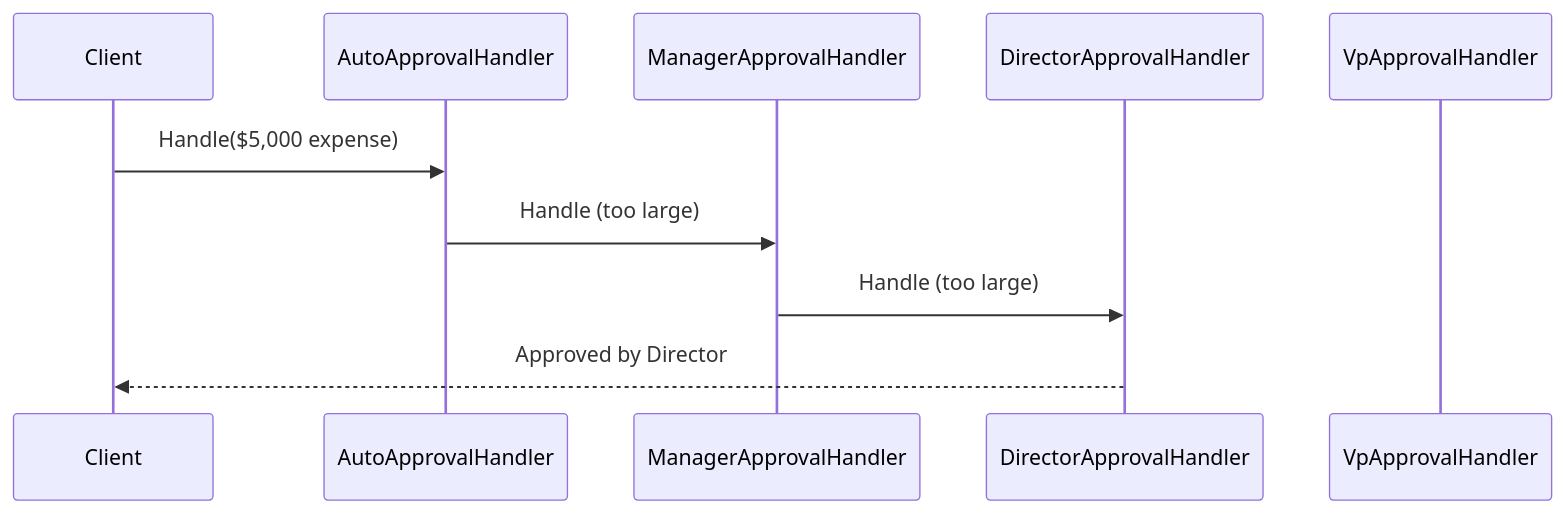
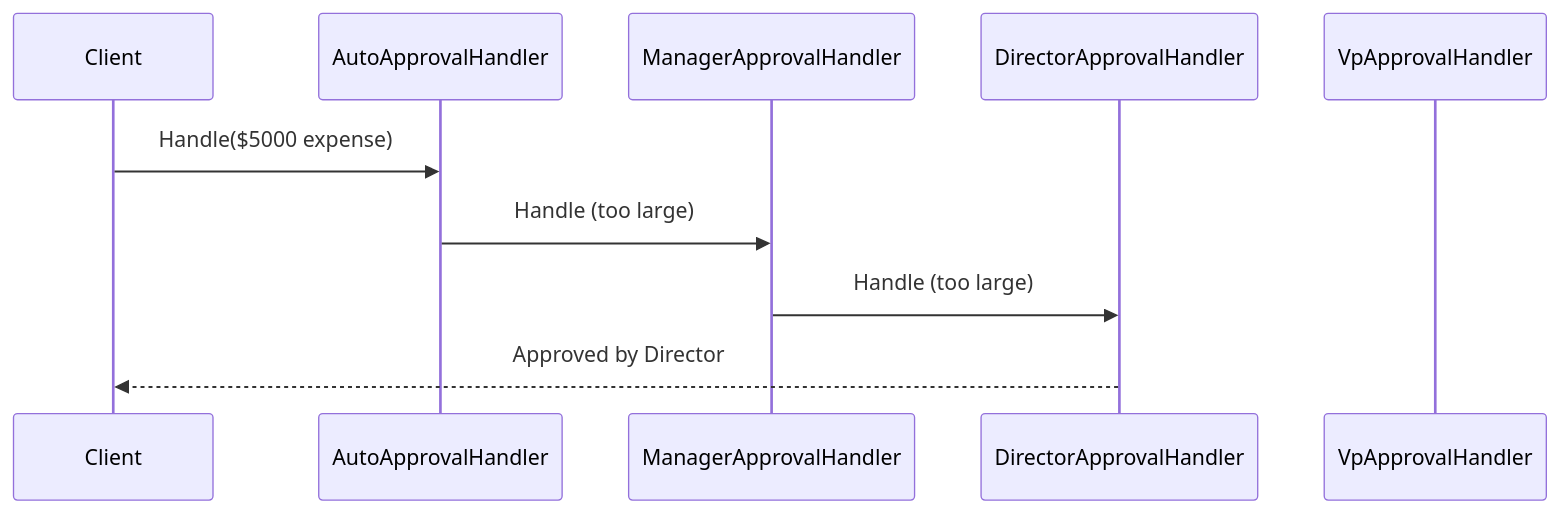
One commit to senapatisantosh/DotnetAdvanceDesignPattern changed the second of 2 diagrams in src/DesignPatterns.Behavioral/ChainOfResponsibility/README.md. Above: the diagram before and after it, drawn with Mermaid. The commit also changed other lines of this file and 12 other files, not shown here.

````diff
--- a/src/DesignPatterns.Behavioral/ChainOfResponsibility/README.md
+++ b/src/DesignPatterns.Behavioral/ChainOfResponsibility/README.md
@@ -90,13 +95,13 @@
 ```mermaid
 sequenceDiagram
     participant Client
     participant Auto as AutoApprovalHandler
-    participant Manager as ManagerApprovalHandler
-    participant Director as DirectorApprovalHandler
+    participant Mgr as ManagerApprovalHandler
+    participant Dir as DirectorApprovalHandler
     participant VP as VpApprovalHandler
 
-    Client->>Auto: Handle($5,000 expense)
-    Auto->>Manager: Handle (too large)
-    Manager->>Director: Handle (too large)
-    Director-->>Client: Approved by Director
+    Client->>Auto: Handle($5000 expense)
+    Auto->>Mgr: Handle (too large)
+    Mgr->>Dir: Handle (too large)
+    Dir-->>Client: Approved by Director
 ```
````
